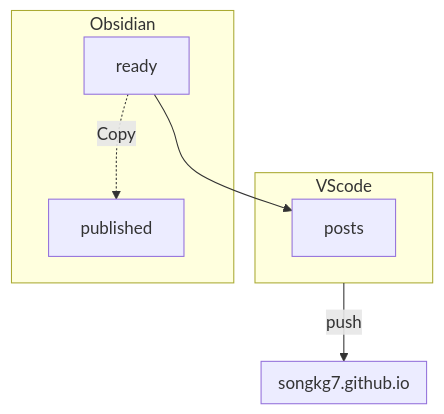
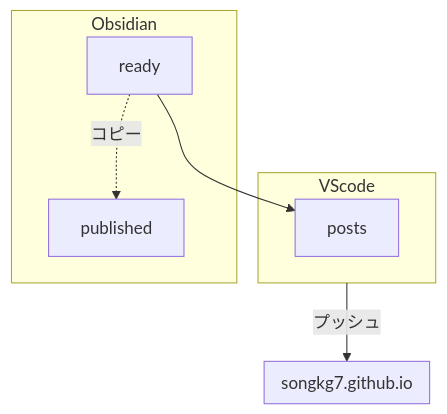
The fourth of 4 diagrams in i18n/jp/docusaurus-plugin-content-blog/2023-04-19/blog-posting-pipeline.md (songkg7/songkg7.github.io), drawn with Mermaid before and after one commit. The commit also changed other lines of this file, not shown here.

````diff
--- a/i18n/jp/docusaurus-plugin-content-blog/2023-04-19/blog-posting-pipeline.md
+++ b/i18n/jp/docusaurus-plugin-content-blog/2023-04-19/blog-posting-pipeline.md
@@ -82,13 +82,13 @@
 ```mermaid
 flowchart TB
     ready --> posts
     subgraph VScode
     posts
     end
     subgraph Obsidian
-    ready -. Copy .-> published
+    ready -. コピー .-> published
     end
     subgraph github [songkg7.github.io]
     end
-    VScode -- push --> github
+    VScode -- プッシュ --> github
 ```
````
